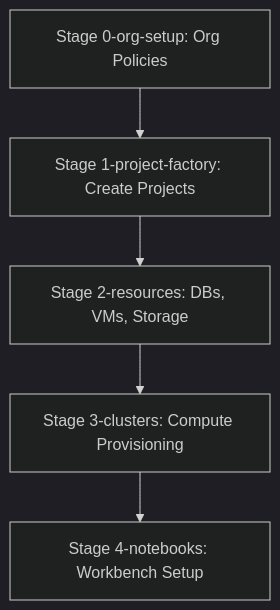
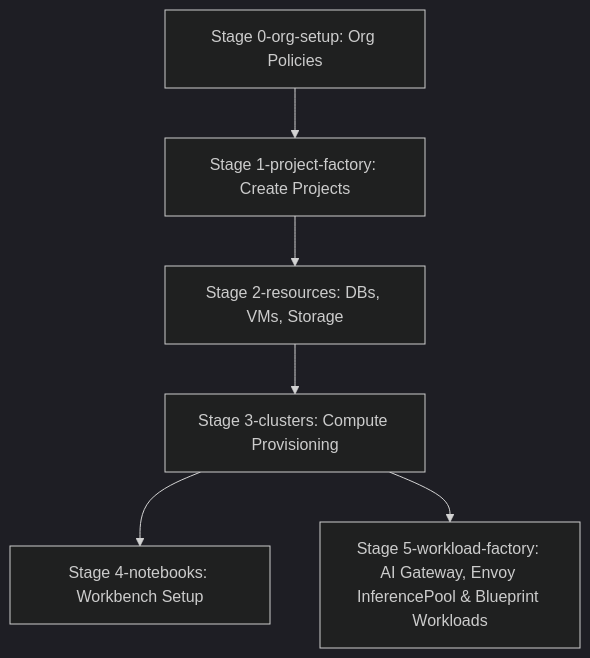
One commit to gdc-iac/gdc-iac-org changed the first of 2 diagrams in foundations/DEPLOYMENT_MANUAL.md. Above: the diagram before and after it, drawn with Mermaid (dark theme). The commit also changed other lines of this file and 165 other files, not shown here.

````diff
--- a/foundations/DEPLOYMENT_MANUAL.md
+++ b/foundations/DEPLOYMENT_MANUAL.md
@@ -87,7 +87,8 @@
 ```mermaid
 graph TD
     S0[Stage 0-org-setup: Org Policies] --> S1[Stage 1-project-factory: Create Projects]
     S1 --> S2[Stage 2-resources: DBs, VMs, Storage]
     S2 --> S3[Stage 3-clusters: Compute Provisioning]
     S3 --> S4[Stage 4-notebooks: Workbench Setup]
+    S3 --> S5[Stage 5-workload-factory: AI Gateway, Envoy InferencePool & Blueprint Workloads]
 ```
````
